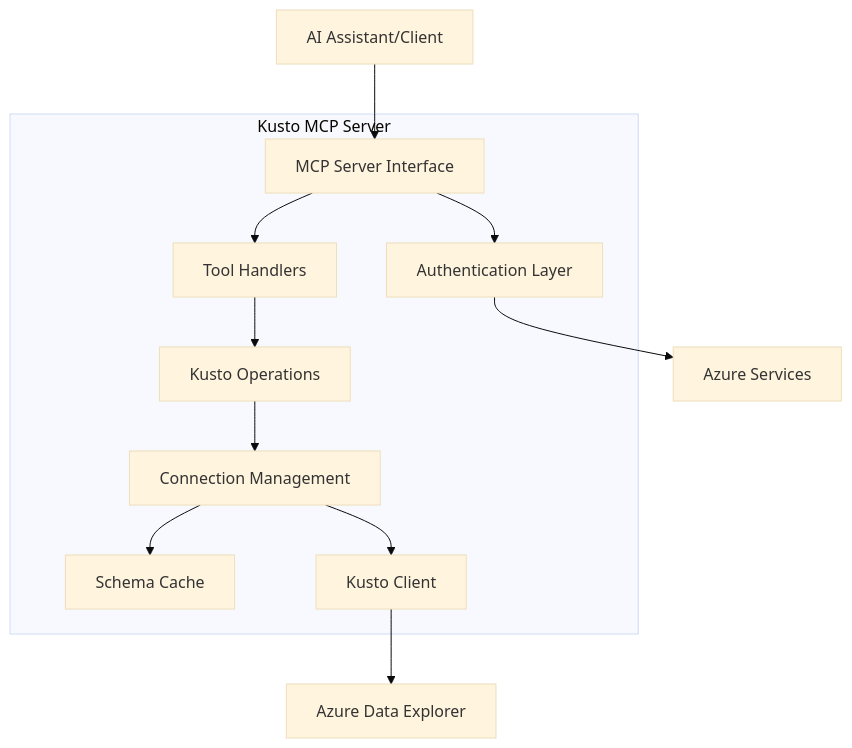
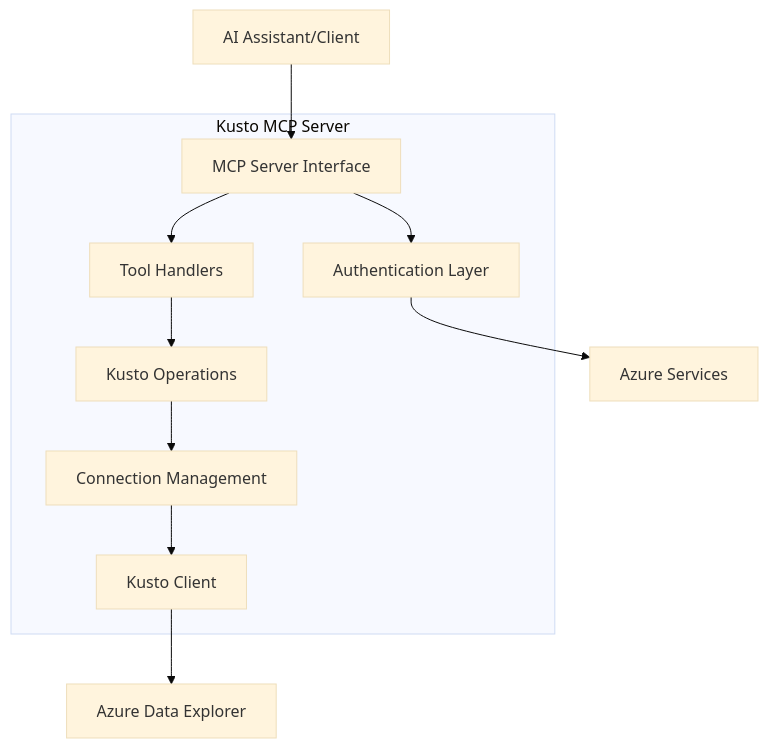
Before and after one commit to johnib/kusto-mcp: the first of 9 diagrams in memory-bank/systemPatterns.md, drawn with Mermaid (base theme). The commit also changed other lines of this file and 2 other files, not shown here.

Commit message:
Remove schema caching references from documentation and optimize performance patterns

````diff
--- a/memory-bank/systemPatterns.md
+++ b/memory-bank/systemPatterns.md
@@ -5,16 +5,15 @@
 ```mermaid
 flowchart TB
     Client[AI Assistant/Client] --> MCP[MCP Server Interface]
     
     subgraph Server[Kusto MCP Server]
         MCP --> Auth[Authentication Layer]
         MCP --> Tools[Tool Handlers]
         Tools --> Operations[Kusto Operations]
         Operations --> Connection[Connection Management]
-        Connection --> Cache[Schema Cache]
         Connection --> Kusto[Kusto Client]
     end
     
     Auth --> Azure[Azure Services]
     Kusto --> ADX[Azure Data Explorer]
 ```
````
